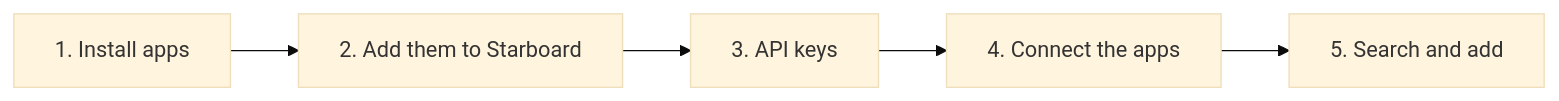
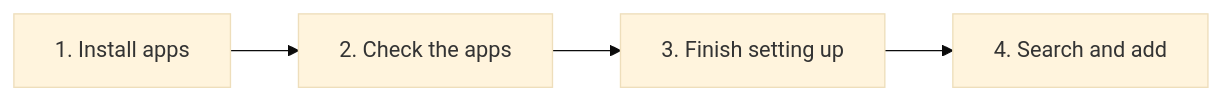
One commit to TheMightyTRex/starboard changed the diagram in docs/help/guides/build-a-media-server-from-nothing.md. Above: the diagram before and after it, drawn with Mermaid (base theme). The commit also changed other lines of this file and 121 other files, not shown here.

````diff
--- a/docs/help/guides/build-a-media-server-from-nothing.md
+++ b/docs/help/guides/build-a-media-server-from-nothing.md
@@ -27,7 +27,6 @@
 ```mermaid
 flowchart LR
-    A["1. Install apps"] --> B["2. Add them to Starboard"]
-    B --> C["3. API keys"]
-    C --> D["4. Connect the apps"]
-    D --> E["5. Search and add"]
+    A["1. Install apps"] --> B["2. Check the apps"]
+    B --> C["3. Finish setting up"]
+    C --> D["4. Search and add"]
 ```
````
